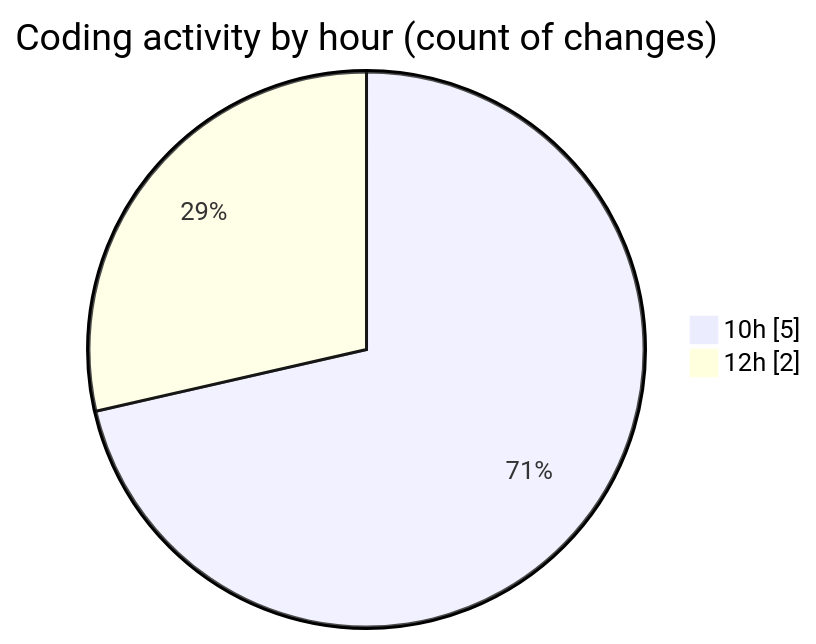
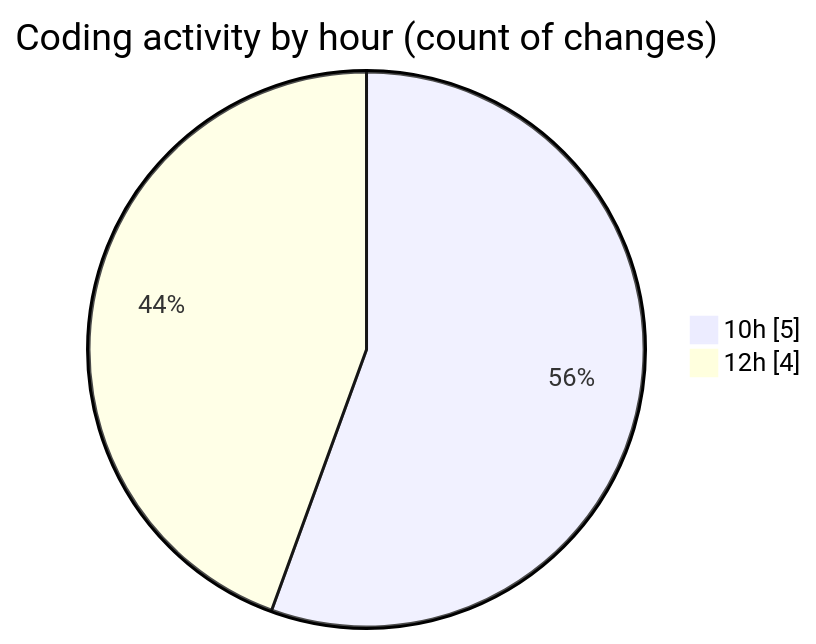
One commit to Ritupan-Deka/code-tracking changed the second of 2 diagrams in 2025-07-07/urlwebwala_intership_work/README.md. Above: the diagram before and after it, drawn with Mermaid. The commit also changed other lines of this file and 1 other file, not shown here.

````diff
--- a/2025-07-07/urlwebwala_intership_work/README.md
+++ b/2025-07-07/urlwebwala_intership_work/README.md
@@ -30,6 +30,6 @@
 ```mermaid
 pie showData
 title Coding activity by hour (count of changes)
 "10h" : 5
-"12h" : 2
+"12h" : 4
 ```
````
